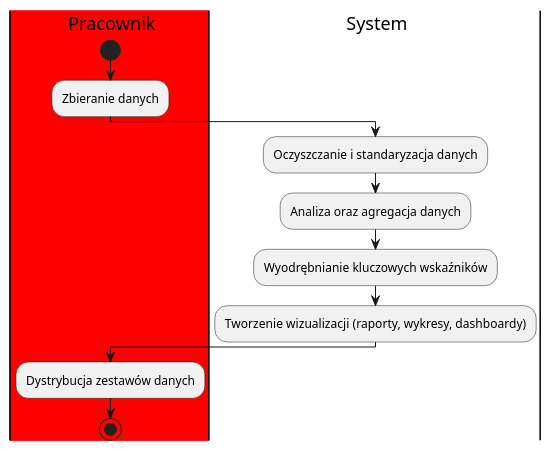
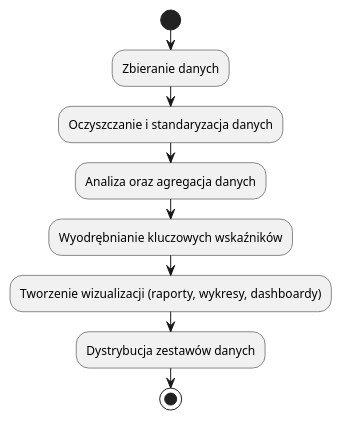
The diagram in dokumentacja/specyfikacja.wymagan/2.opis.biznesu/procesy.biznesowe/procesy/PB0006.puml (aleksanderpiluk/IWO), drawn with PlantUML before and after one commit.

```diff
--- a/dokumentacja/specyfikacja.wymagan/2.opis.biznesu/procesy.biznesowe/procesy/PB0006.puml
+++ b/dokumentacja/specyfikacja.wymagan/2.opis.biznesu/procesy.biznesowe/procesy/PB0006.puml
@@ -1,19 +1,15 @@
 @startuml
-|#red|p| Pracownik
+ 
 |s| System
 
-|p|
+|s|
 start
 :Zbieranie danych;
-
-|s|
 :Oczyszczanie i standaryzacja danych;
 :Analiza oraz agregacja danych;
 :Wyodrębnianie kluczowych wskaźników;
 :Tworzenie wizualizacji (raporty, wykresy, dashboardy);
-
-|p|
 :Dystrybucja zestawów danych;
 
 stop
 @enduml
```
